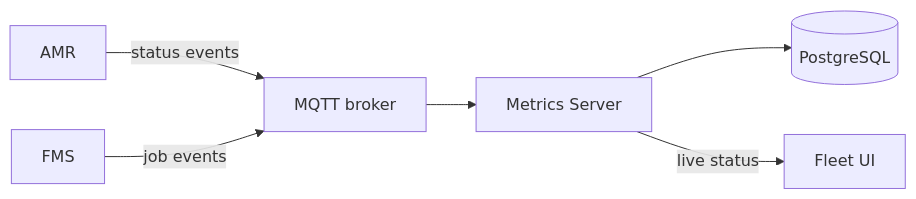
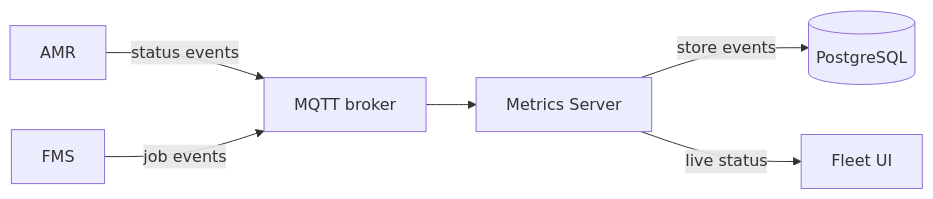
Before and after one commit to hamkuu/robot-fleet-system: the diagram in architecture.md, drawn with Mermaid. The commit also changed other lines of this file, not shown here.

Commit message:
improve diagram

````diff
--- a/architecture.md
+++ b/architecture.md
@@ -21,8 +21,8 @@
 ```mermaid
 flowchart LR
-    AMR -->|status events| Broker[MQTT broker]
-    Fleet[FMS] -->|job events| Broker
-    Broker --> Metrics[Metrics Server]
-    Metrics --> DB[(PostgreSQL)]
-    Metrics -->|live status| UI[Fleet UI]
+  AMR -->|status events| Broker[MQTT broker]
+  Fleet[FMS] -->|job events| Broker
+  Broker --> Metrics[Metrics Server]
+  Metrics -->|store events| DB[(PostgreSQL)]
+  Metrics -->|live status| UI[Fleet UI]
 ```
````
